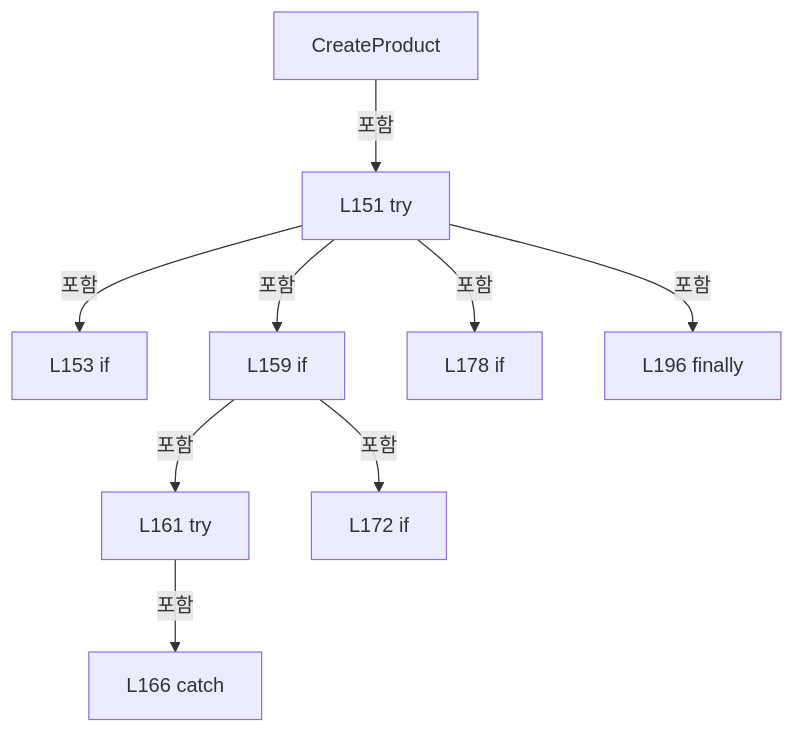
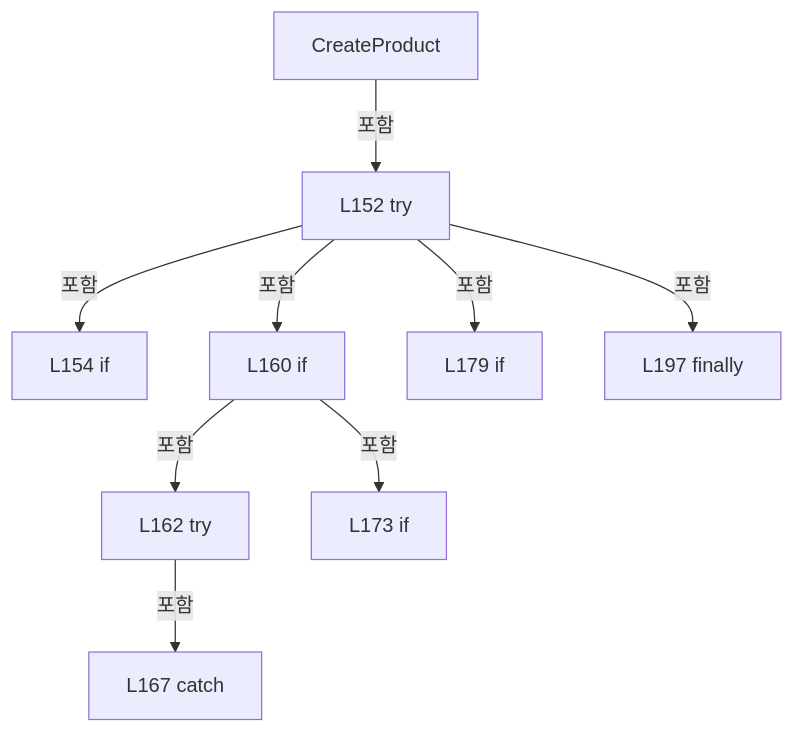
Before and after one commit to kjuws10-rgb/Shared: the third of 27 diagrams in A3 LD Code Ref/files/Drilling.Common/Product/CProductManager.cs.md, drawn with Mermaid. The commit also changed other lines of this file and 8055 other files, not shown here.

Commit message:
docs(a3): trace Stage Glass Data and refresh architecture and full code reference

````diff
--- a/A3 LD Code Ref/files/Drilling.Common/Product/CProductManager.cs.md
+++ b/A3 LD Code Ref/files/Drilling.Common/Product/CProductManager.cs.md
@@ -695,20 +696,20 @@
 ```mermaid
 flowchart TD
  M["CreateProduct"]
- N0["L151 try"]
+ N0["L152 try"]
  M -->|포함| N0
- N1["L153 if"]
+ N1["L154 if"]
  N0 -->|포함| N1
- N2["L159 if"]
+ N2["L160 if"]
  N0 -->|포함| N2
- N3["L161 try"]
+ N3["L162 try"]
  N2 -->|포함| N3
- N4["L166 catch"]
+ N4["L167 catch"]
  N3 -->|포함| N4
- N5["L172 if"]
+ N5["L173 if"]
  N2 -->|포함| N5
- N6["L178 if"]
+ N6["L179 if"]
  N0 -->|포함| N6
- N7["L196 finally"]
+ N7["L197 finally"]
  N0 -->|포함| N7
 ```
````
